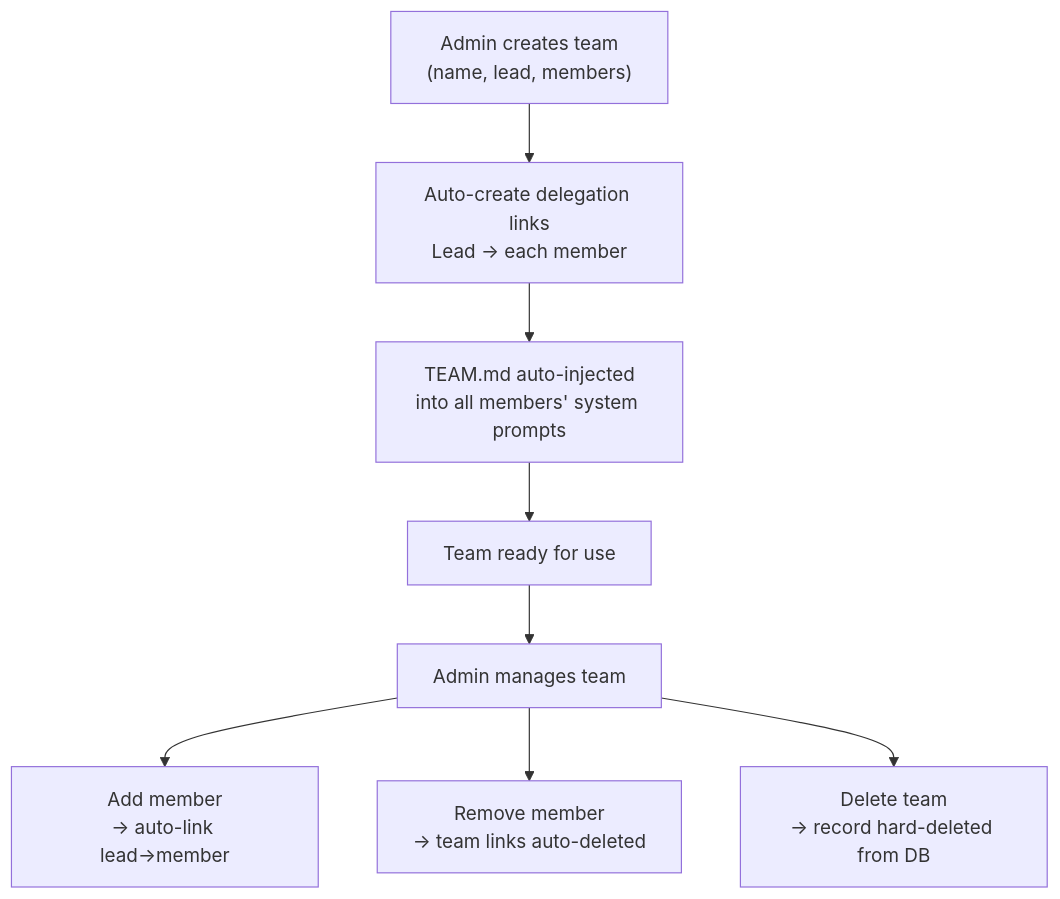
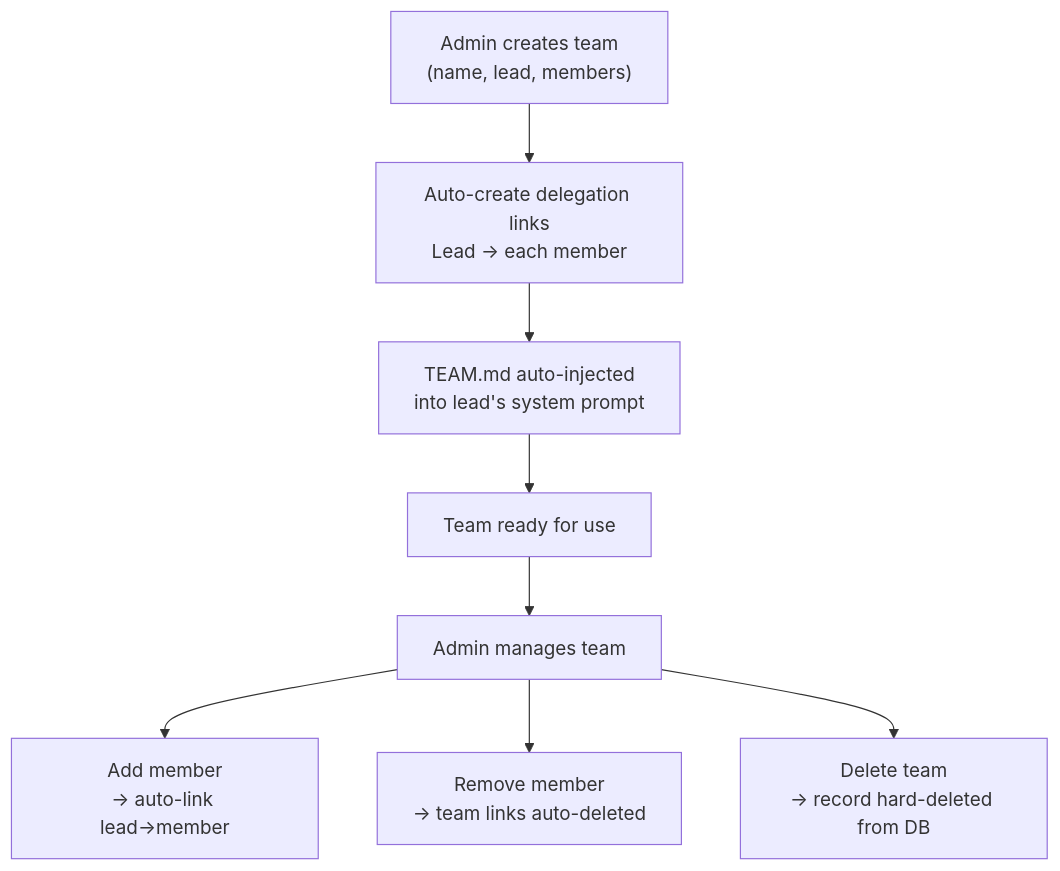
Before and after one commit to jooray/goclaw-docs: the diagram in agent-teams/creating-managing-teams.md, drawn with Mermaid. The commit also changed other lines of this file and 15 other files, not shown here.

````diff
--- a/agent-teams/creating-managing-teams.md
+++ b/agent-teams/creating-managing-teams.md
@@ -48,11 +48,11 @@
 ```mermaid
 flowchart TD
     CREATE["Admin creates team<br/>(name, lead, members)"] --> LINK["Auto-create delegation links<br/>Lead → each member"]
-    LINK --> INJECT["TEAM.md auto-injected<br/>into all members' system prompts"]
+    LINK --> INJECT["TEAM.md auto-injected<br/>into lead's system prompt"]
     INJECT --> READY["Team ready for use"]
 
     READY --> MANAGE["Admin manages team"]
     MANAGE --> ADD["Add member<br/>→ auto-link lead→member"]
     MANAGE --> REMOVE["Remove member<br/>→ team links auto-deleted"]
     MANAGE --> DELETE["Delete team<br/>→ record hard-deleted from DB"]
 ```
````
